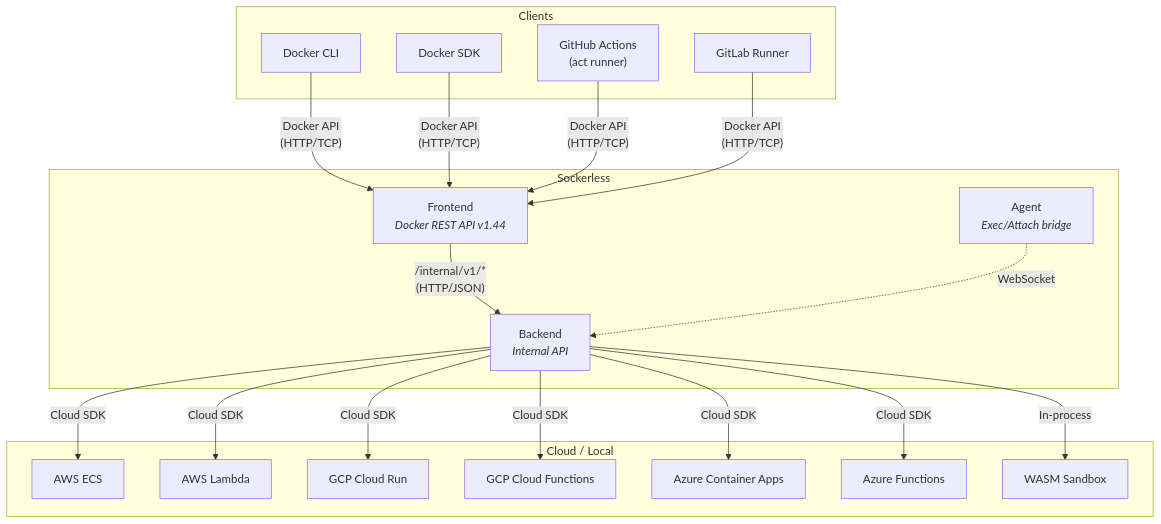
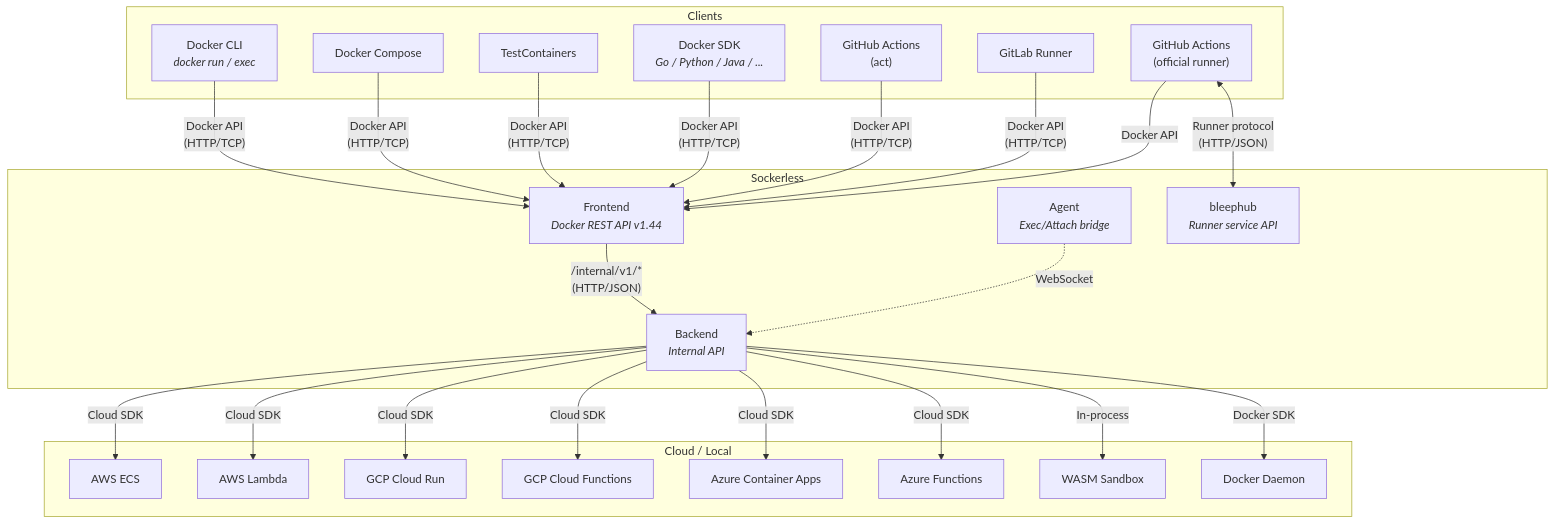
One commit to e6qu/sockerless changed the first of 13 diagrams in ARCHITECTURE.md. Above: the diagram before and after it, drawn with Mermaid. The commit also changed other lines of this file and 31 other files, not shown here.

````diff
--- a/ARCHITECTURE.md
+++ b/ARCHITECTURE.md
@@ -7,31 +9,39 @@
 ```mermaid
 graph TB
     subgraph Clients
-        CLI["Docker CLI"]
-        SDK["Docker SDK"]
-        ACT["GitHub Actions<br/>(act runner)"]
+        CLI["Docker CLI<br/><i>docker run / exec</i>"]
+        COMPOSE["Docker Compose"]
+        TC["TestContainers"]
+        SDK["Docker SDK<br/><i>Go / Python / Java / ...</i>"]
+        ACT["GitHub Actions<br/>(act)"]
+        GHR["GitHub Actions<br/>(official runner)"]
         GLR["GitLab Runner"]
     end
 
     subgraph Sockerless
         FE["Frontend<br/><i>Docker REST API v1.44</i>"]
         BE["Backend<br/><i>Internal API</i>"]
         AG["Agent<br/><i>Exec/Attach bridge</i>"]
+        BPH["bleephub<br/><i>Runner service API</i>"]
     end
 
     subgraph "Cloud / Local"
         ECS["AWS ECS"]
         LAM["AWS Lambda"]
         CR["GCP Cloud Run"]
         GCF["GCP Cloud Functions"]
         ACA["Azure Container Apps"]
         AZF["Azure Functions"]
         WASM["WASM Sandbox"]
+        DOCK["Docker Daemon"]
     end
 
-    CLI & SDK & ACT & GLR -->|"Docker API<br/>(HTTP/TCP)"| FE
+    CLI & COMPOSE & TC & SDK & ACT & GLR -->|"Docker API<br/>(HTTP/TCP)"| FE
+    GHR -->|"Docker API"| FE
+    GHR <-->|"Runner protocol<br/>(HTTP/JSON)"| BPH
     FE -->|"/internal/v1/*<br/>(HTTP/JSON)"| BE
     BE -->|"Cloud SDK"| ECS & LAM & CR & GCF & ACA & AZF
     BE -->|"In-process"| WASM
+    BE -->|"Docker SDK"| DOCK
     AG -.->|"WebSocket"| BE
 ```
````
